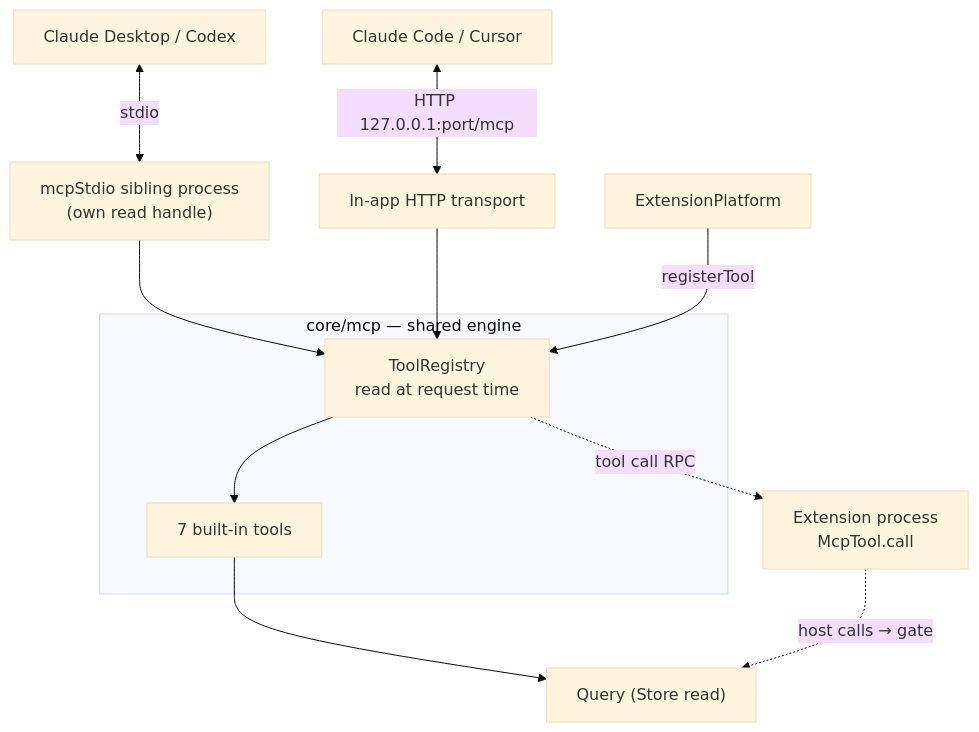
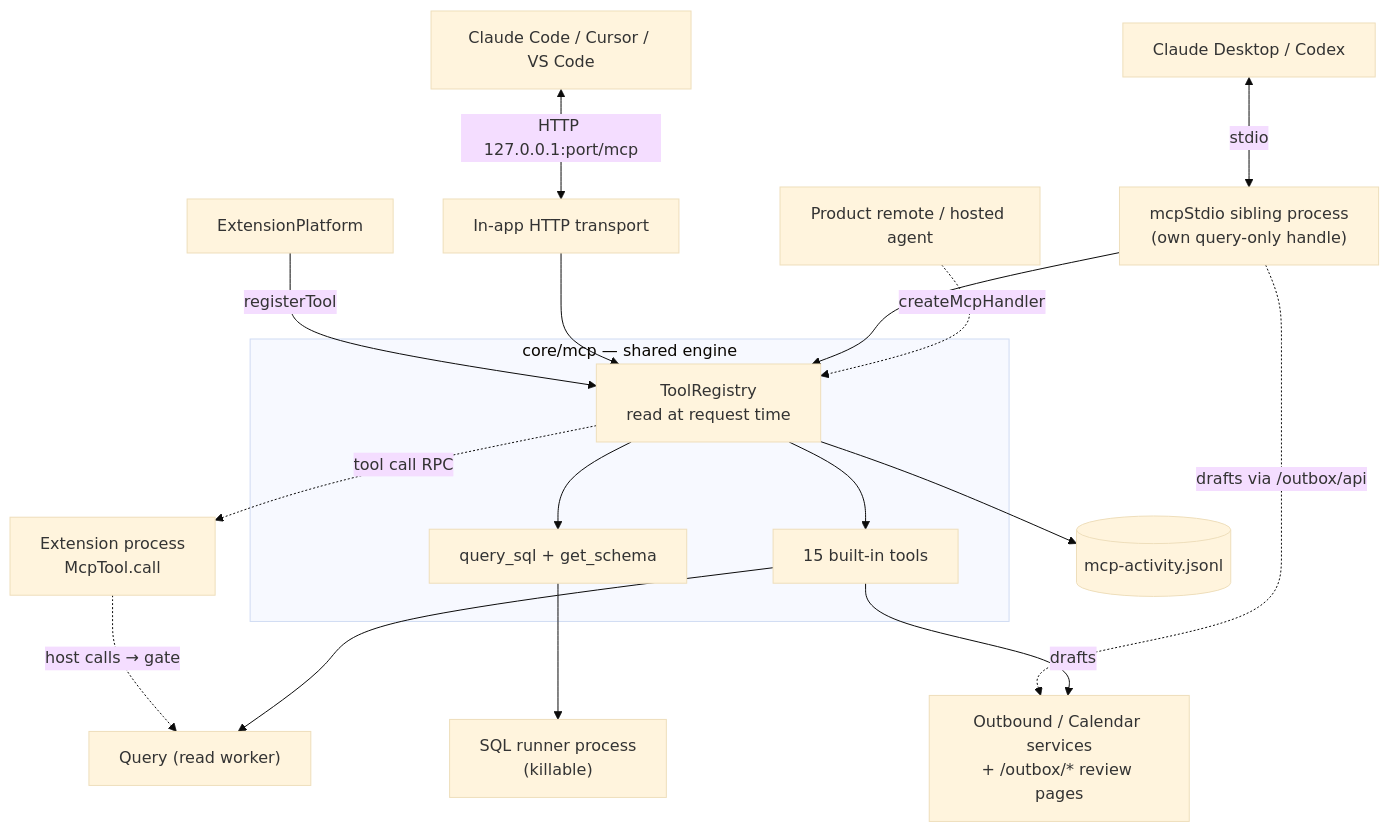
The first of 2 diagrams in docs/architecture/mcp.md (edjafarov/kiagent-core), drawn with Mermaid (base theme) before and after one commit. The commit also changed other lines of this file and 8 other files, not shown here.

Commit message:
docs: architecture and extension guides match v0.138 — runtime and composition, DB writer/read workers and schema v25, converter child and container expansion, admission and lent work, multi-device, Outbox and the MCP review gate, 17 MCP tools, platform API 2.21 / SDK 1.14

````diff
--- a/docs/architecture/mcp.md
+++ b/docs/architecture/mcp.md
@@ -22,17 +32,23 @@
 ```mermaid
 flowchart TB
-    CD["Claude Desktop / Codex"] <-->|stdio| ENTRY["mcpStdio sibling process<br/>(own read handle)"]
-    CC["Claude Code / Cursor"] <-->|"HTTP 127.0.0.1:port/mcp"| HTTP["In-app HTTP transport"]
+    CD["Claude Desktop / Codex"] <-->|stdio| ENTRY["mcpStdio sibling process<br/>(own query-only handle)"]
+    CC["Claude Code / Cursor / VS Code"] <-->|"HTTP 127.0.0.1:port/mcp"| HTTP["In-app HTTP transport"]
+    PROD["Product remote / hosted agent"] -.createMcpHandler.-> REG
 
     subgraph ENGINE["core/mcp — shared engine"]
         REG["ToolRegistry<br/>read at request time"]
-        BUILTIN["7 built-in tools"]
+        BUILTIN["15 built-in tools"]
+        RAW["query_sql + get_schema"]
     end
 
     ENTRY --> REG
     HTTP --> REG
-    REG --> BUILTIN --> Q["Query (Store read)"]
+    REG --> BUILTIN --> Q["Query (read worker)"]
+    REG --> RAW --> SQLR["SQL runner process<br/>(killable)"]
+    BUILTIN -->|drafts| OUT["Outbound / Calendar services<br/>+ /outbox/* review pages"]
+    ENTRY -.drafts via /outbox/api.-> OUT
     PLAT["ExtensionPlatform"] -->|registerTool| REG
     REG -.tool call RPC.-> EXT["Extension process<br/>McpTool.call"]
     EXT -.host calls → gate.-> Q
+    REG --> ACT[("mcp-activity.jsonl")]
 ```
````
